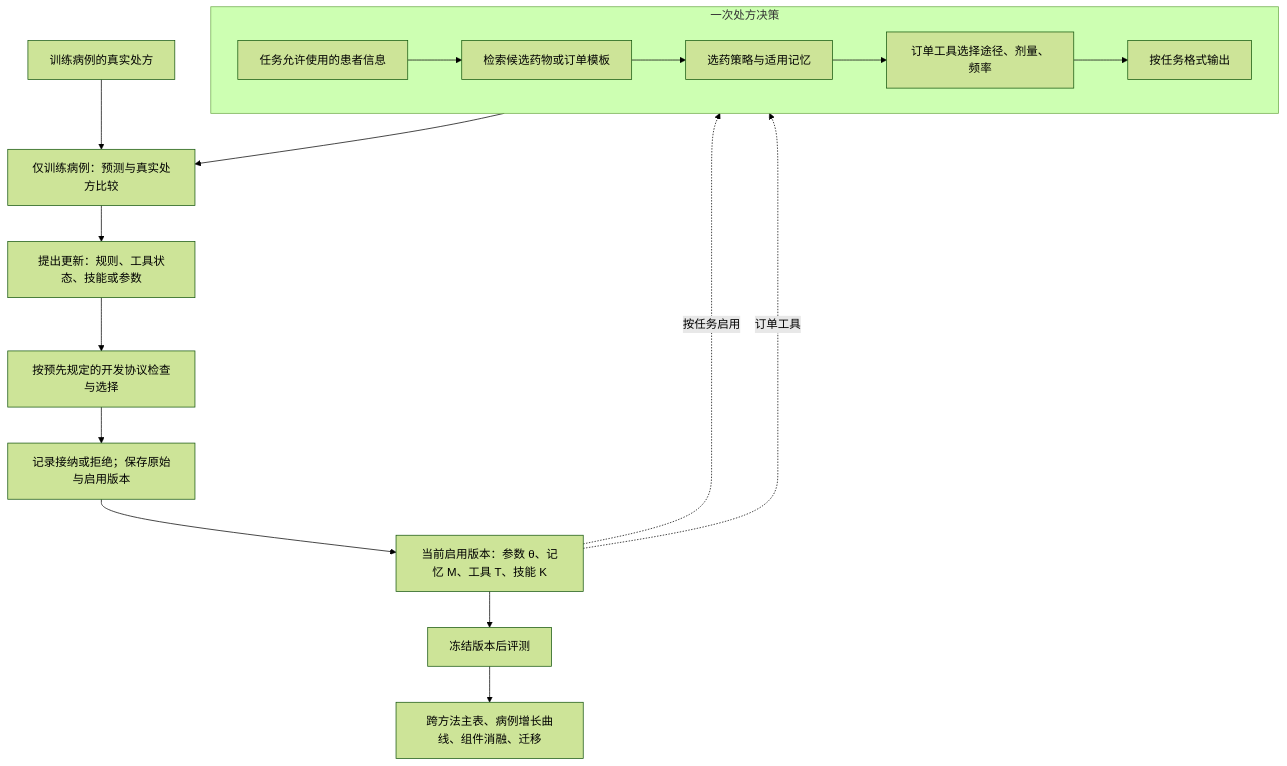
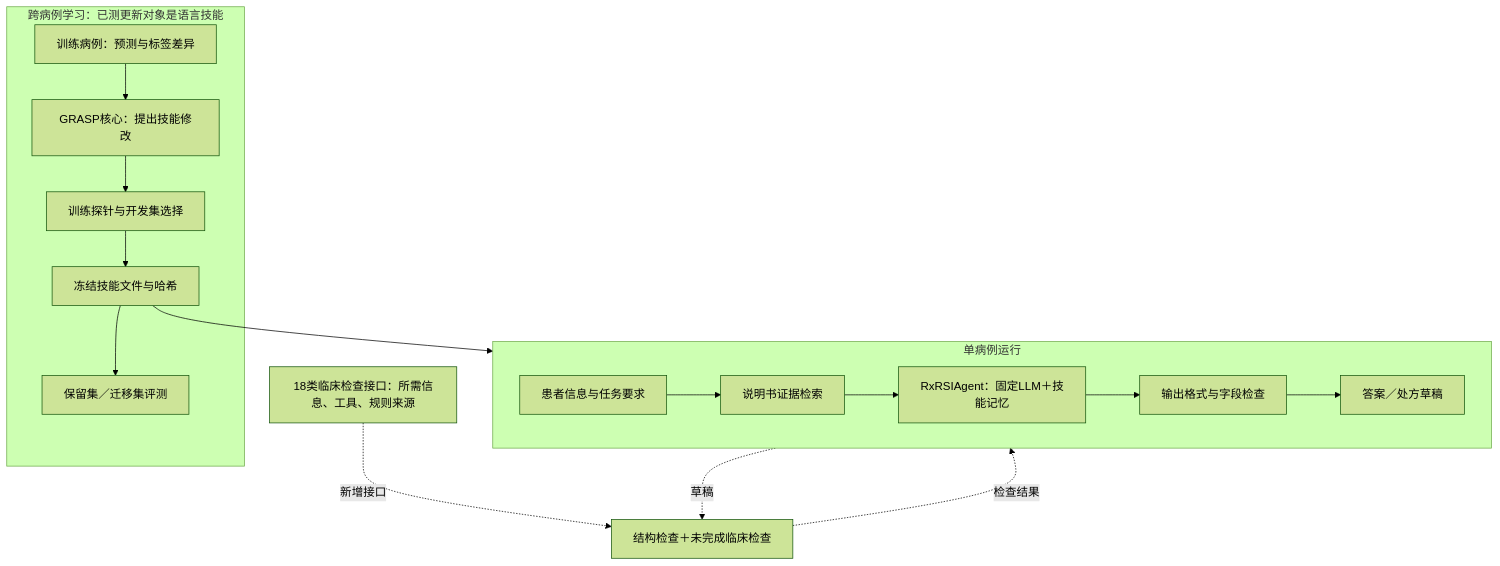
One commit to ZaneLing/PRISMATIC changed the diagram in paper/RXRSI_DESIGN.zh.md. Above: the diagram before and after it, drawn with Mermaid (forest theme). The commit also changed other lines of this file and 22 other files, not shown here.

````diff
--- a/paper/RXRSI_DESIGN.zh.md
+++ b/paper/RXRSI_DESIGN.zh.md
@@ -13,20 +15,20 @@
 ```mermaid
 flowchart TB
-  subgraph RUN[一次处方决策]
+  subgraph R[单病例运行]
     direction LR
-    A[任务允许使用的患者信息] --> B[检索候选药物或订单模板]
-    B --> C[选药策略与适用记忆]
-    C --> D[订单工具选择途径、剂量、频率]
-    D --> E[按任务格式输出]
+    A[患者信息与任务要求] --> B[说明书证据检索]
+    B --> C[RxRSIAgent：固定LLM＋技能记忆]
+    C --> D[输出格式与字段检查]
+    D --> E[答案／处方草稿]
   end
-  S[当前启用版本：参数 θ、记忆 M、工具 T、技能 K] -. 按任务启用 .-> C
-  S -. 订单工具 .-> D
-  E --> F[仅训练病例：预测与真实处方比较]
-  G[训练病例的真实处方] --> F
-  F --> H[提出更新：规则、工具状态、技能或参数]
-  H --> I[按预先规定的开发协议检查与选择]
-  I --> J[记录接纳或拒绝；保存原始与启用版本]
-  J --> S
-  S --> Q[冻结版本后评测]
-  Q --> R[跨方法主表、病例增长曲线、组件消融、迁移]
+  J[18类临床检查接口：所需信息、工具、规则来源] -. 新增接口 .-> V[结构检查＋未完成临床检查]
+  C -. 草稿 .-> V
+  V -. 检查结果 .-> D
+  subgraph L[跨病例学习：已测更新对象是语言技能]
+    F[训练病例：预测与标签差异] --> G[GRASP核心：提出技能修改]
+    G --> H[训练探针与开发集选择]
+    H --> K[冻结技能文件与哈希]
+    K --> T[保留集／迁移集评测]
+  end
+  K --> C
 ```
````
